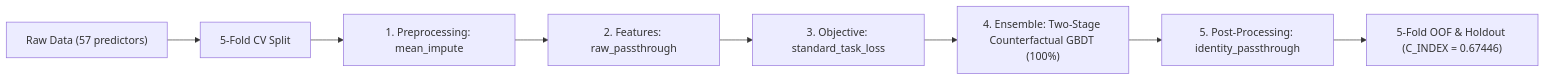
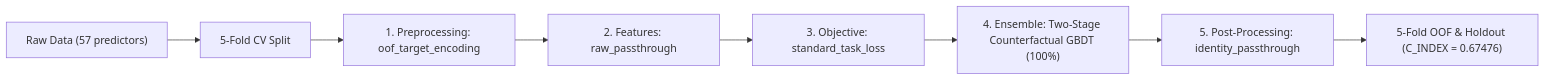
One commit to stefanoclss/CIBMTR-Equity-in-Post-HCT-Survival-Predictions changed the diagram in README.md. Above: the diagram before and after it, drawn with Mermaid. The commit also changed other lines of this file, not shown here.

First line of the commit message:
docs(readme): refresh verified OOF benchmark & build ledger (C_INDEX=0.67476)

````diff
--- a/README.md
+++ b/README.md
@@ -69,10 +70,10 @@
 ```mermaid
 flowchart LR
     DATA["Raw Data (57 predictors)"] --> SPLIT["5-Fold CV Split"]
-    SPLIT --> PRE["1. Preprocessing: mean_impute"]
+    SPLIT --> PRE["1. Preprocessing: oof_target_encoding"]
     PRE --> FEAT["2. Features: raw_passthrough"]
     FEAT --> OBJ["3. Objective: standard_task_loss"]
     OBJ --> M0["4. Ensemble: Two-Stage Counterfactual GBDT (100%)"]
     M0 --> POST["5. Post-Processing: identity_passthrough"]
-    POST --> OUT["5-Fold OOF & Holdout (C_INDEX = 0.67446)"]
+    POST --> OUT["5-Fold OOF & Holdout (C_INDEX = 0.67476)"]
 ```
````
